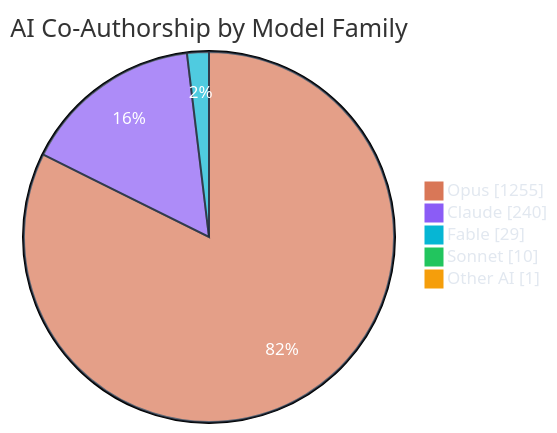
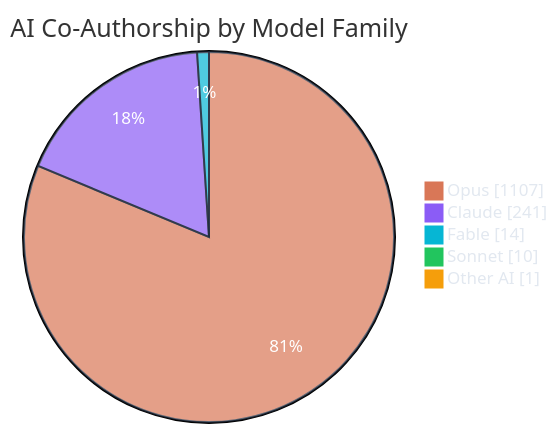
The third of 7 diagrams in README.md (polo-nyan/polo-nyan), drawn with Mermaid before and after one commit. The commit also changed other lines of this file and 1 other file, not shown here.

````diff
--- a/README.md
+++ b/README.md
@@ -279,10 +279,10 @@
 ```mermaid
 %%{init: {"theme": "base", "themeVariables": { "pie1": "#d97757", "pie2": "#8b5cf6", "pie3": "#06b6d4", "pie4": "#22c55e", "pie5": "#f59e0b", "pie6": "#ec4899", "pieTextColor": "#ffffff", "pieLegendTextColor": "#e2e8f0", "pieSectionTextColor": "#ffffff", "pieStrokeColor": "#1e293b" }}}%%
 pie showData
     title AI Co-Authorship by Model Family
-    "Opus" : 1255
-    "Claude" : 240
-    "Fable" : 29
+    "Opus" : 1107
+    "Claude" : 241
+    "Fable" : 14
     "Sonnet" : 10
     "Other AI" : 1
 ```
````
